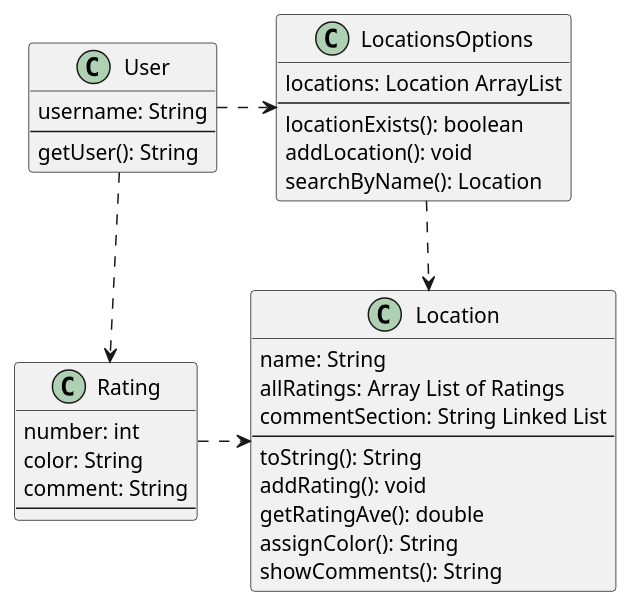
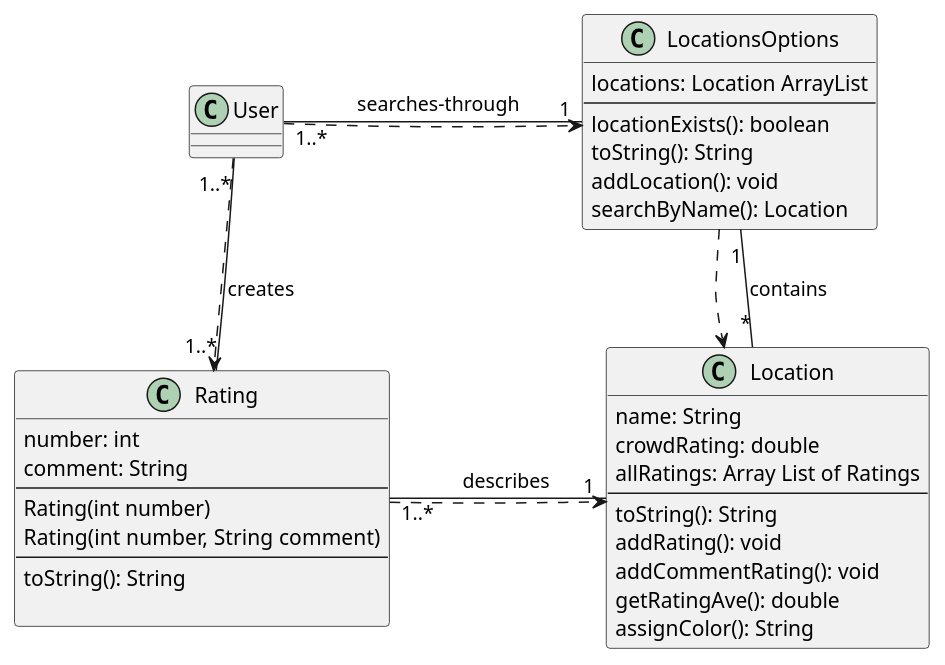
Before and after one commit to manoushpajouh/Vassar-Crowdmeter: the second of 7 diagrams in intellij/documentation/design.md, drawn with PlantUML. The commit also changed other lines of this file, not shown here.

Commit message:
new sequence diagram has issues but has been created

````diff
--- a/intellij/documentation/design.md
+++ b/intellij/documentation/design.md
@@ -50,44 +42,53 @@
 ```plantuml
 @startuml
 
 class User{
-username: String
---
-getUser(): String
 }
 
 class Rating{
 number: int
-color: String
 comment: String
 --
+Rating(int number)
+Rating(int number, String comment)
+--
+toString(): String 
+
 }
 
 class LocationsOptions{
 locations: Location ArrayList 
 --
 locationExists(): boolean
+toString(): String
 addLocation(): void
 searchByName(): Location
 }
 
 class Location {
 name: String
+crowdRating: double
 allRatings: Array List of Ratings 
-commentSection: String Linked List 
 --
 toString(): String
 addRating(): void
+addCommentRating(): void
 getRatingAve(): double
 assignColor(): String 
-showComments(): String
 }
 
 
 User .down.> Rating
 User .> LocationsOptions
 Rating .right.> Location
 LocationsOptions .down.> Location
 
+' associations 
+Rating "1..*"  - "1" Location : \t describes \t
+User "1..*" -- "1..*" Rating : creates
+LocationsOptions "1" -down- "*" Location : contains
+User "1..*" -right- "1" LocationsOptions: \t searches-through\t
+
+
 @enduml
 ```
````
